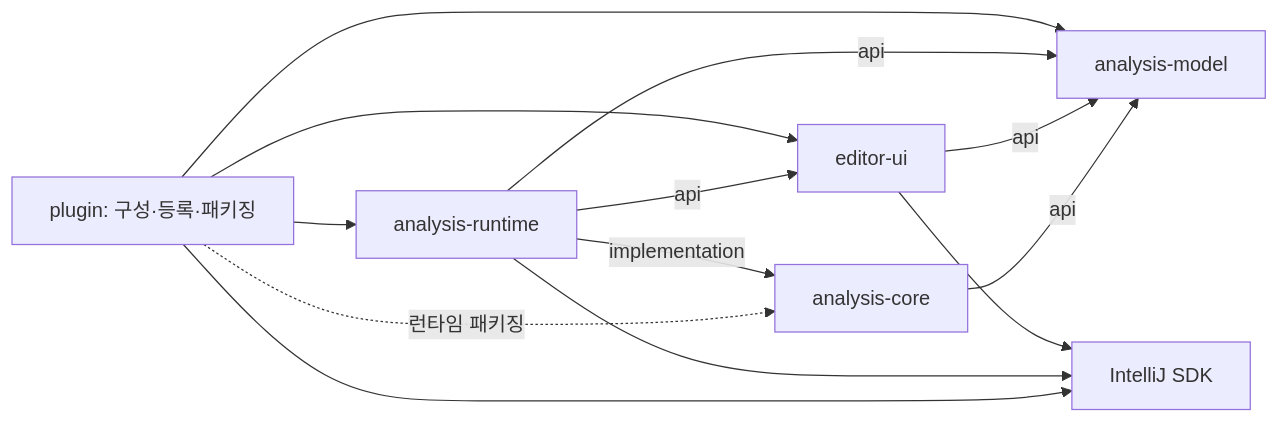
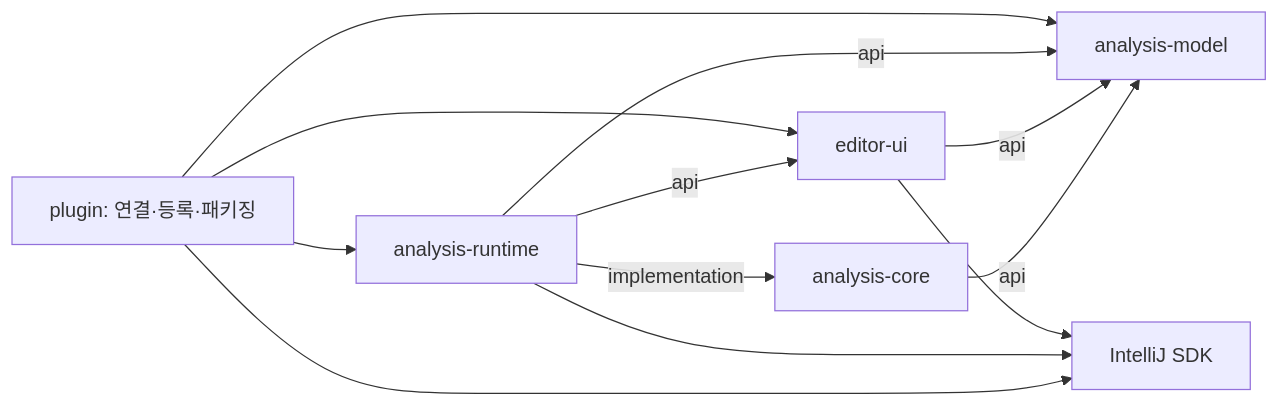
The first of 2 diagrams in outputs/issue-97/redesign/final-report.md (YangSiJun528/bracket-pair-guides), drawn with Mermaid before and after one commit. The commit also changed other lines of this file and 451 other files, not shown here.

````diff
--- a/outputs/issue-97/redesign/final-report.md
+++ b/outputs/issue-97/redesign/final-report.md
@@ -11,15 +11,14 @@
 ```mermaid
 flowchart LR
-    Plugin[plugin: 구성·등록·패키징] --> UI[editor-ui]
+    Plugin[plugin: 연결·등록·패키징] --> UI[editor-ui]
     Plugin --> Runtime[analysis-runtime]
     Plugin --> Model[analysis-model]
     Runtime -->|api| UI
     Runtime -->|api| Model
     Runtime -->|implementation| Core[analysis-core]
     UI -->|api| Model
     Core -->|api| Model
-    Plugin -. 런타임 패키징 .-> Core
     UI --> SDK[IntelliJ SDK]
     Runtime --> SDK
     Plugin --> SDK
 ```
````
